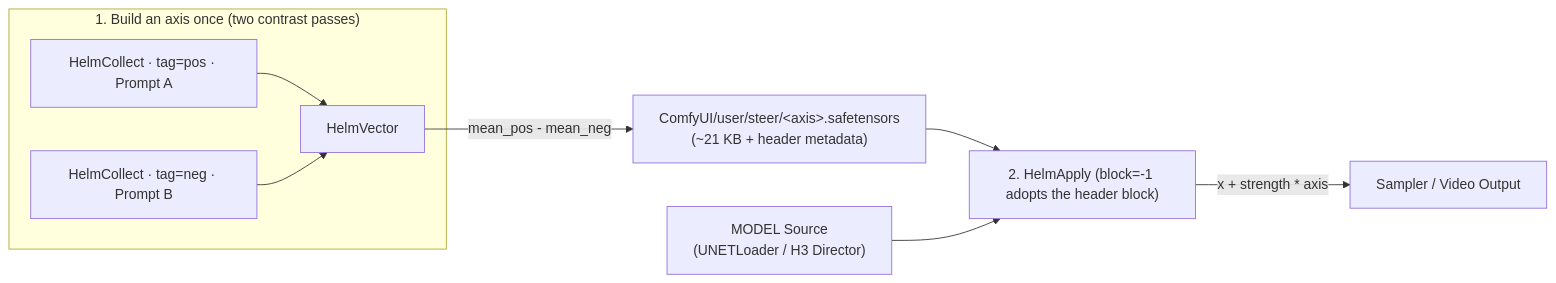
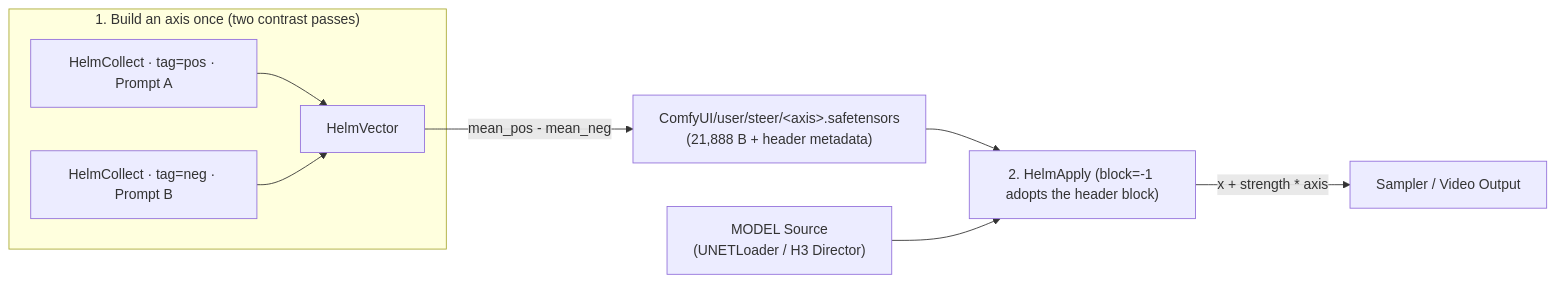
Before and after one commit to U-N-B-R-A-N-D-E-D/comfyui-helm: the diagram in README.md, drawn with Mermaid. The commit also changed other lines of this file and 89 other files, not shown here.

````diff
--- a/README.md
+++ b/README.md
@@ -97,11 +108,11 @@
 ```mermaid
 flowchart LR
   subgraph collect["1. Build an axis once (two contrast passes)"]
     A["HelmCollect · tag=pos · Prompt A"] --> V["HelmVector"]
     B["HelmCollect · tag=neg · Prompt B"] --> V
   end
-  V -- "mean_pos - mean_neg" --> F["ComfyUI/user/steer/&lt;axis&gt;.safetensors<br/>(~21 KB + header metadata)"]
+  V -- "mean_pos - mean_neg" --> F["ComfyUI/user/steer/&lt;axis&gt;.safetensors<br/>(21,888 B + header metadata)"]
   F --> AP["2. HelmApply (block=-1 adopts the header block)"]
   M["MODEL Source<br/>(UNETLoader / H3 Director)"] --> AP
   AP -- "x + strength * axis" --> S["Sampler / Video Output"]
 ```
````
